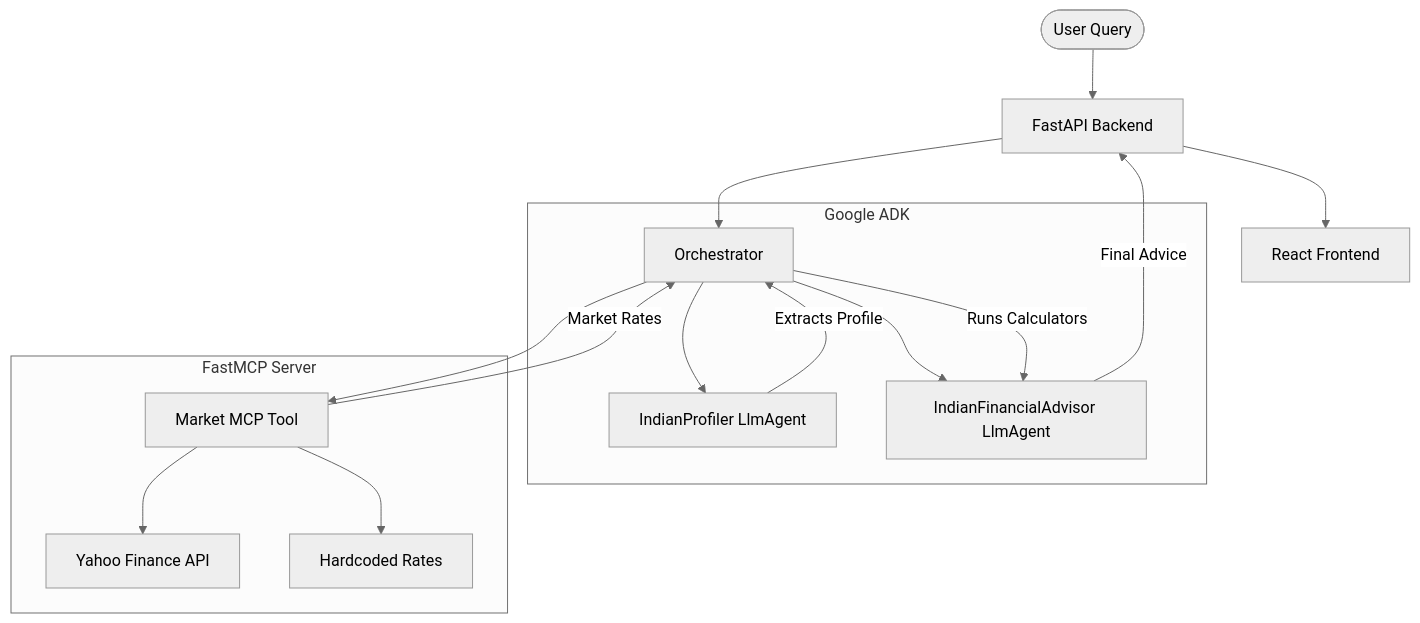
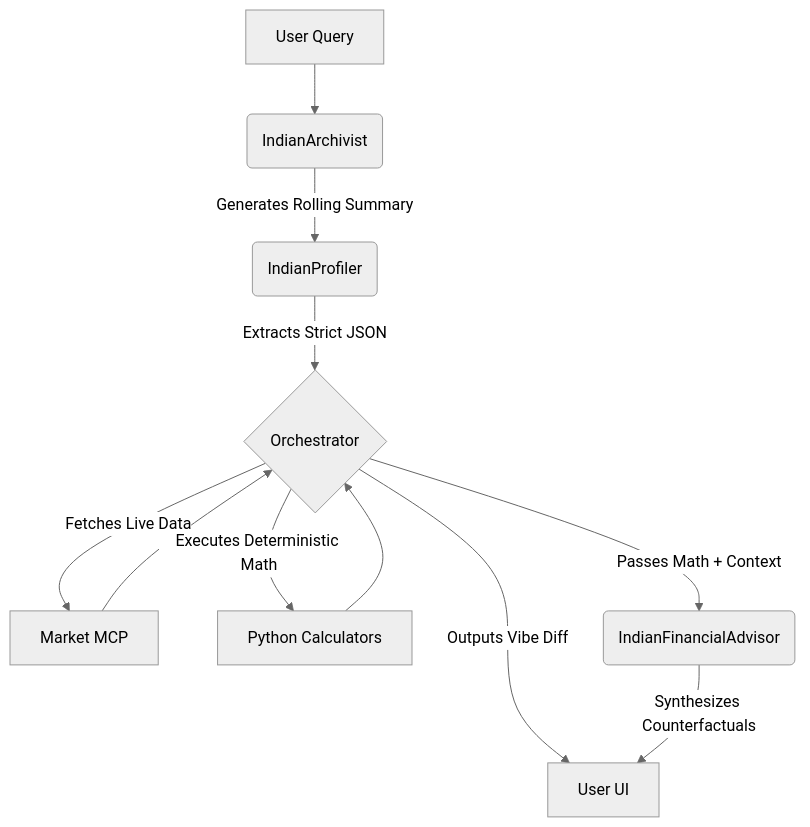
One commit to ASRAKSHITH/finpath-india changed the diagram in README.md. Above: the diagram before and after it, drawn with Mermaid (neutral theme). The commit also changed other lines of this file, not shown here.

Commit message:
docs: Update README with Mermaid architecture and core concept

````diff
--- a/README.md
+++ b/README.md
@@ -11,22 +20,13 @@
 ```mermaid
 graph TD
-    User([User Query]) --> API[FastAPI Backend]
-    API --> Orchestrator[Orchestrator]
-    
-    subgraph Google ADK
-        Orchestrator --> Profiler[IndianProfiler LlmAgent]
-        Orchestrator --> Advisor[IndianFinancialAdvisor LlmAgent]
-    end
-    
-    subgraph FastMCP Server
-        Orchestrator --> MarketMCP[Market MCP Tool]
-        MarketMCP --> Yahoo[Yahoo Finance API]
-        MarketMCP --> RBI[Hardcoded Rates]
-    end
-    
-    Profiler --> |Extracts Profile| Orchestrator
-    MarketMCP --> |Market Rates| Orchestrator
-    Orchestrator --> |Runs Calculators| Advisor
-    Advisor --> |Final Advice| API
-    API --> UI[React Frontend]
+    A[User Query] --> B(IndianArchivist)
+    B -->|Generates Rolling Summary| C(IndianProfiler)
+    C -->|Extracts Strict JSON| D{Orchestrator}
+    D -->|Fetches Live Data| E[Market MCP]
+    D -->|Executes Deterministic Math| F[Python Calculators]
+    E --> D
+    F --> D
+    D -->|Outputs Vibe Diff| UI[User UI]
+    D -->|Passes Math + Context| G(IndianFinancialAdvisor)
+    G -->|Synthesizes Counterfactuals| UI
 ```
````
